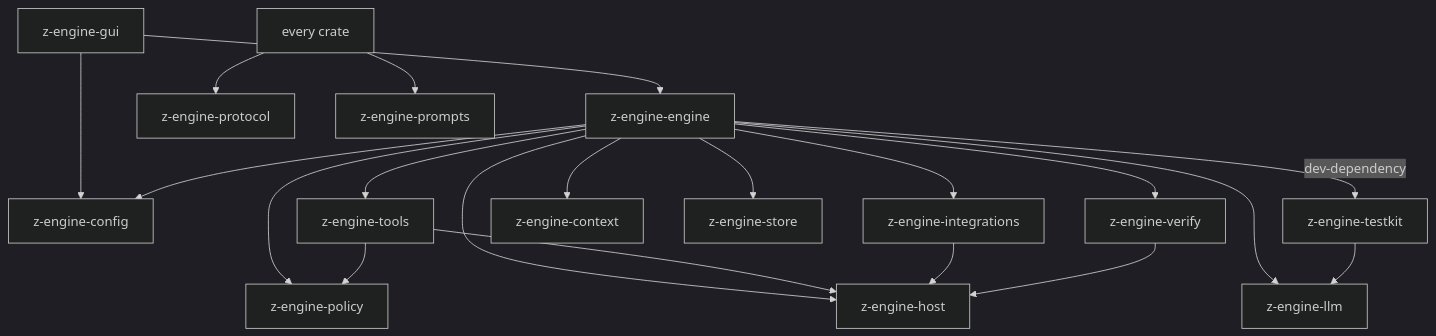
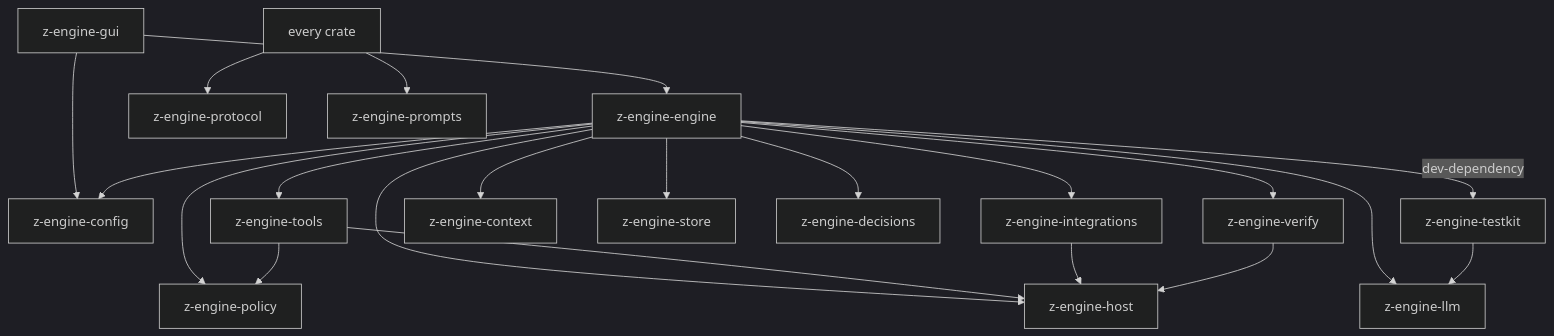
One commit to arshadbarves/z-engine changed the diagram in docs/how-it-works/crates.md. Above: the diagram before and after it, drawn with Mermaid (dark theme). The commit also changed other lines of this file and 31 other files, not shown here.

````diff
--- a/docs/how-it-works/crates.md
+++ b/docs/how-it-works/crates.md
@@ -29,22 +31,23 @@
 ```mermaid
 flowchart TD
   gui["z-engine-gui"] --> engine["z-engine-engine"]
   gui --> config["z-engine-config"]
   engine --> tools["z-engine-tools"]
   engine --> integrations["z-engine-integrations"]
   engine --> verify["z-engine-verify"]
   engine --> context["z-engine-context"]
   engine --> llm["z-engine-llm"]
   engine --> config
   engine --> store["z-engine-store"]
+  engine --> decisions["z-engine-decisions"]
   engine --> policy["z-engine-policy"]
   engine --> host["z-engine-host"]
   engine -->|"dev-dependency"| testkit["z-engine-testkit"]
   tools --> policy
   tools --> host
   integrations --> host
   verify --> host
   testkit --> llm
   everyCrate["every crate"] --> protocol["z-engine-protocol"]
   everyCrate --> prompts["z-engine-prompts"]
 ```
````
